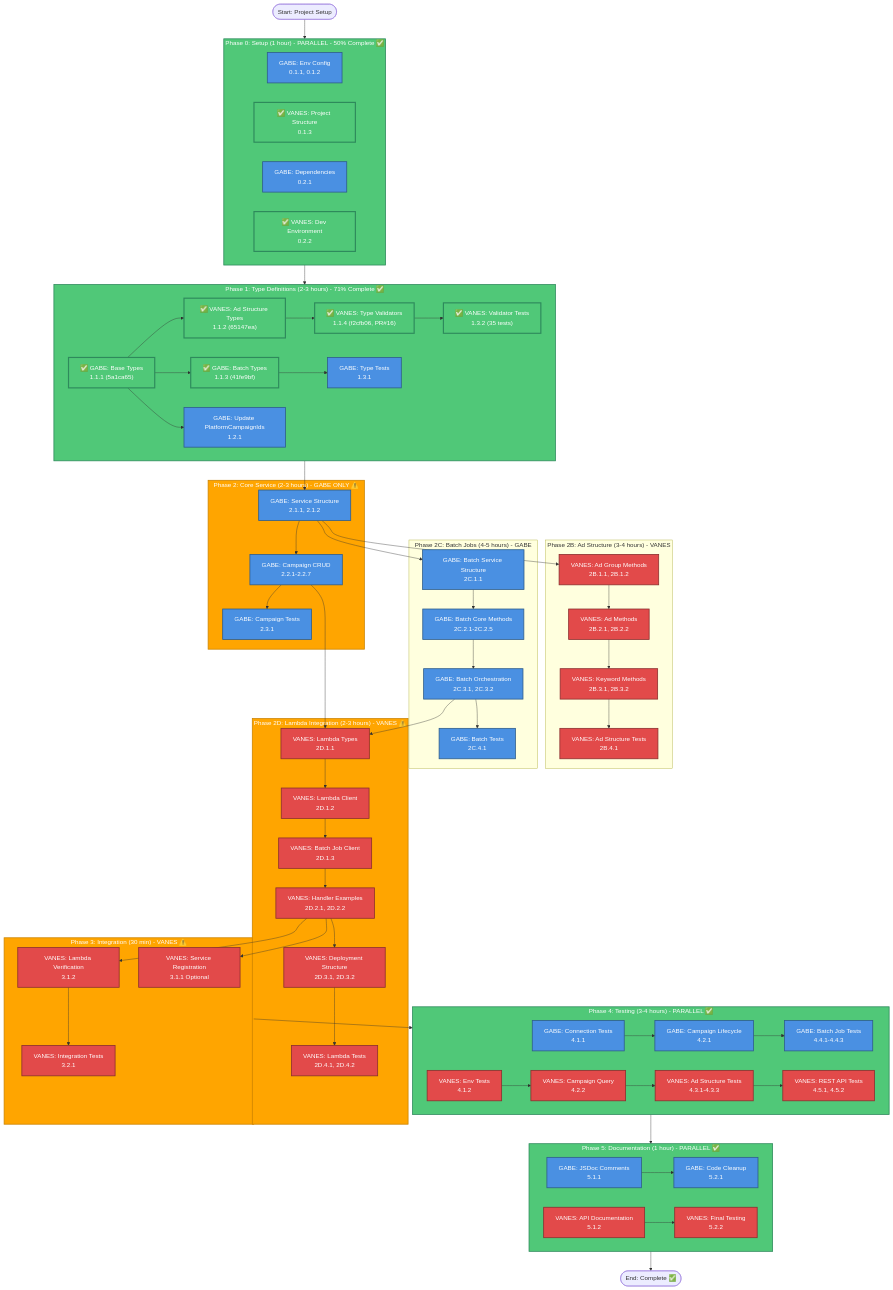
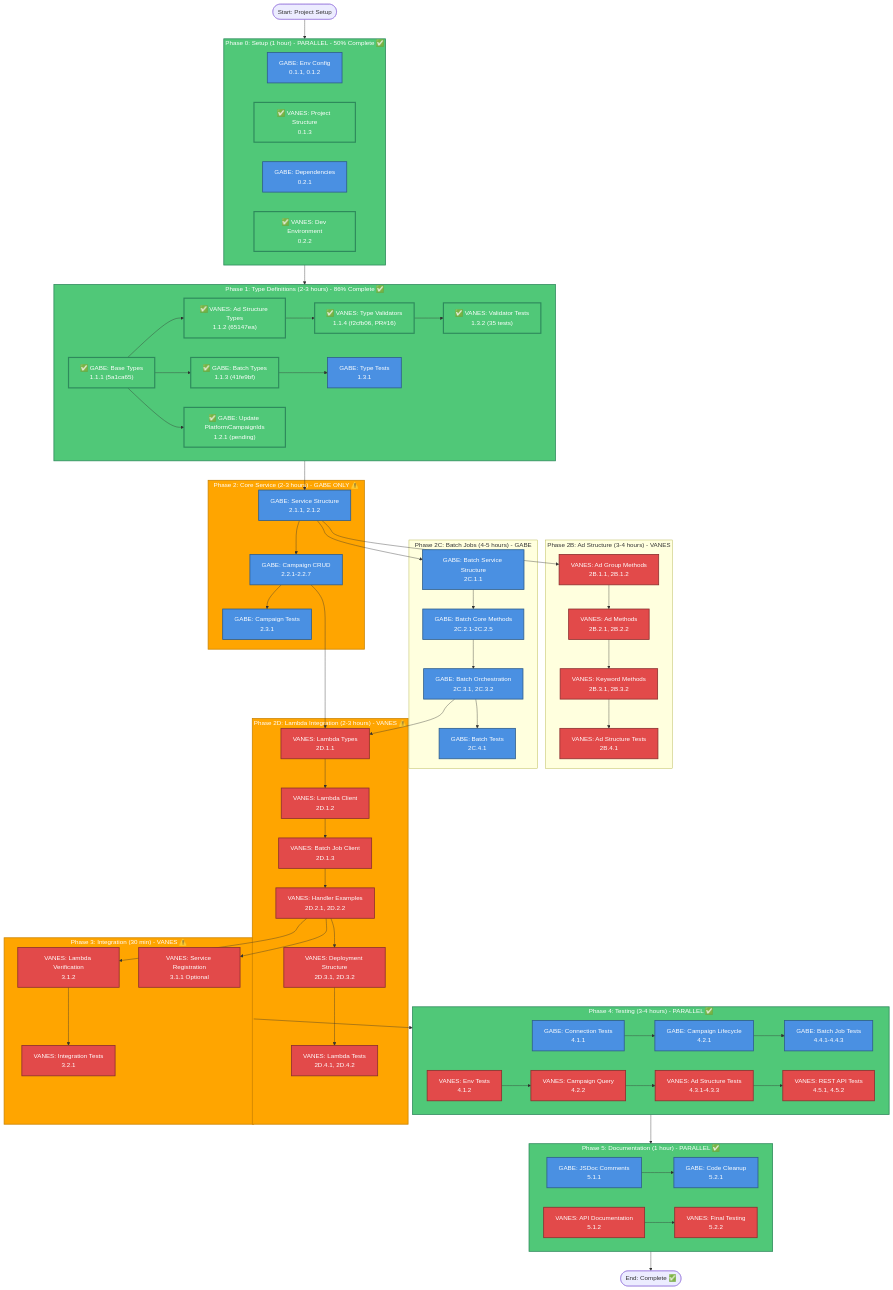
The diagram in 1. Marin Adtech/2. Agentic Campaign Manager/2. Artifacts/2. Integrated MVP/TASKLIST-Marin-Dispatcher-Integration-WORKFLOW.md (gratefulgabe5000/MarinSoftware-Module-Agentic-Campaign-Managers), drawn with Mermaid before and after one commit. The commit also changed other lines of this file and 1 other file, not shown here.

````diff
--- a/1. Marin Adtech/2. Agentic Campaign Manager/2. Artifacts/2. Integrated MVP/TASKLIST-Marin-Dispatcher-Integration-WORKFLOW.md
+++ b/1. Marin Adtech/2. Agentic Campaign Manager/2. Artifacts/2. Integrated MVP/TASKLIST-Marin-Dispatcher-Integration-WORKFLOW.md
@@ -185,11 +186,11 @@
         V0_2["✅ VANES: Dev Environment<br/>0.2.2"]
     end
     
-    %% Phase 1: Types (PARALLEL after 1.1.1) - 71% Complete
-    subgraph Phase1["Phase 1: Type Definitions (2-3 hours) - 71% Complete ✅"]
+    %% Phase 1: Types (PARALLEL after 1.1.1) - 86% Complete
+    subgraph Phase1["Phase 1: Type Definitions (2-3 hours) - 86% Complete ✅"]
         G1_1["✅ GABE: Base Types<br/>1.1.1 (5a1ca65)"]
         G1_3["✅ GABE: Batch Types<br/>1.1.3 (41fe9bf)"]
-        G1_2_1[GABE: Update PlatformCampaignIds<br/>1.2.1]
+        G1_2_1["✅ GABE: Update PlatformCampaignIds<br/>1.2.1 (pending)"]
         V1_2["✅ VANES: Ad Structure Types<br/>1.1.2 (65147ea)"]
         V1_4["✅ VANES: Type Validators<br/>1.1.4 (f2cfb06, PR#16)"]
         G1_3_1[GABE: Type Tests<br/>1.3.1]
@@ -325,9 +326,9 @@
     classDef sequential fill:#FFA500,stroke:#CC8400,stroke-width:2px,color:#fff
     classDef phase fill:#9B59B6,stroke:#6B3A8A,stroke-width:3px,color:#fff
 
-    class G0_1,G0_2,G1_2_1,G1_3_1,G2_1,G2_2,G2_3,G2C_1,G2C_2,G2C_3,G2C_4,G4_1,G4_2,G4_3,G5_1,G5_2 gabePath
+    class G0_1,G0_2,G1_3_1,G2_1,G2_2,G2_3,G2C_1,G2C_2,G2C_3,G2C_4,G4_1,G4_2,G4_3,G5_1,G5_2 gabePath
     class V2B_1,V2B_2,V2B_3,V2B_4,V2D_1,V2D_2,V2D_3,V2D_4,V2D_5,V2D_6,V3_1,V3_2,V3_3,V4_1,V4_2,V4_3,V4_4,V5_1,V5_2 vanesPath
-    class V0_1,V0_2,G1_1,G1_3,V1_2,V1_4,V1_3_2 completed
+    class V0_1,V0_2,G1_1,G1_3,G1_2_1,V1_2,V1_4,V1_3_2 completed
     class Phase0,Phase1,Phase4,Phase5 parallel
     class Phase2,Phase2D,Phase3 sequential
 ```
````
